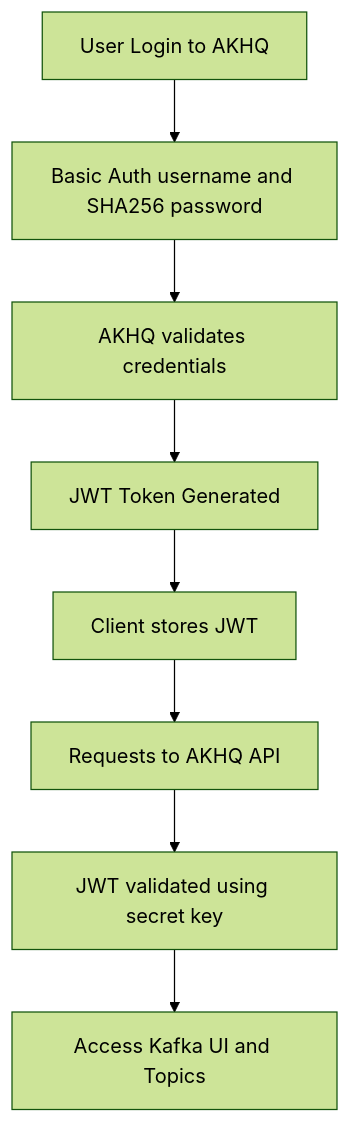
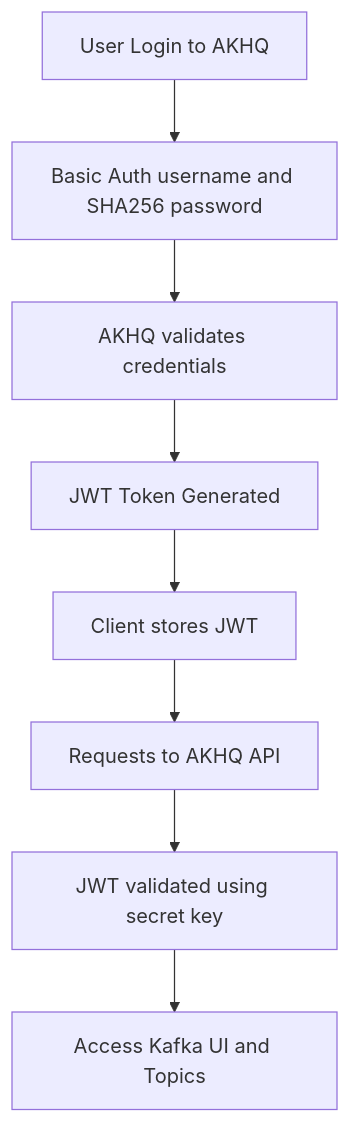
One commit to vikasswe/kafka-processing-lab changed the diagram in jwt-security.md. Above: the diagram before and after it, drawn with Mermaid.

````diff
--- a/jwt-security.md
+++ b/jwt-security.md
@@ -109,11 +109,11 @@
 ```mermaid
-%%{init: {'theme': 'forest'}}%%
+%%{init: {'theme': 'light'}}%%
 flowchart TD
     A[User Login to AKHQ] --> B[Basic Auth username and SHA256 password]
     B --> C[AKHQ validates credentials]
     C --> D[JWT Token Generated]
     D --> E[Client stores JWT]
     E --> F[Requests to AKHQ API]
     F --> G[JWT validated using secret key]
     G --> H[Access Kafka UI and Topics]
 ```
````
